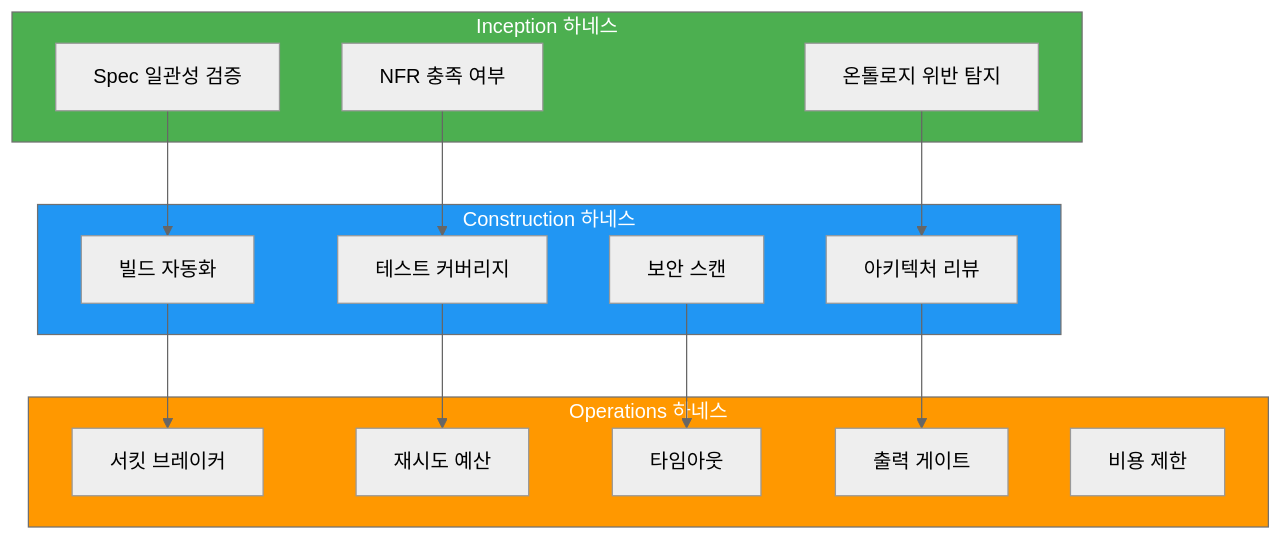
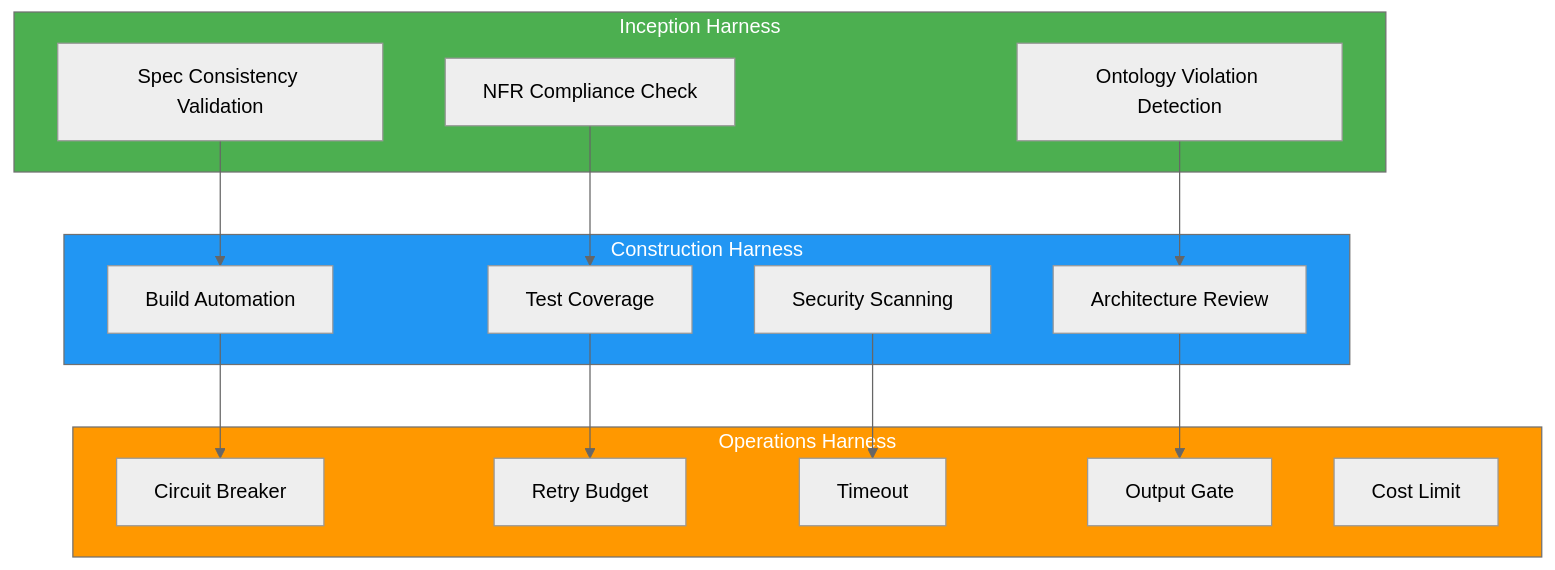
Before and after one commit to devfloor9/engineering-playbook: the second of 3 diagrams in docs/aidlc/methodology/harness-engineering.md, drawn with Mermaid (neutral theme). The commit also changed other lines of this file and 954 other files, not shown here.

````diff
--- a/docs/aidlc/methodology/harness-engineering.md
+++ b/docs/aidlc/methodology/harness-engineering.md
@@ -120,35 +116,35 @@
 ```mermaid
 graph TD
-    subgraph Inception["Inception 하네스"]
-        I1["Spec 일관성 검증"]
-        I2["NFR 충족 여부"]
-        I3["온톨로지 위반 탐지"]
+    subgraph Inception["Inception Harness"]
+        I1["Spec Consistency Validation"]
+        I2["NFR Compliance Check"]
+        I3["Ontology Violation Detection"]
     end
 
-    subgraph Construction["Construction 하네스"]
-        C1["빌드 자동화"]
-        C2["테스트 커버리지"]
-        C3["보안 스캔"]
-        C4["아키텍처 리뷰"]
+    subgraph Construction["Construction Harness"]
+        C1["Build Automation"]
+        C2["Test Coverage"]
+        C3["Security Scanning"]
+        C4["Architecture Review"]
     end
 
-    subgraph Operations["Operations 하네스"]
-        O1["서킷 브레이커"]
-        O2["재시도 예산"]
-        O3["타임아웃"]
-        O4["출력 게이트"]
-        O5["비용 제한"]
+    subgraph Operations["Operations Harness"]
+        O1["Circuit Breaker"]
+        O2["Retry Budget"]
+        O3["Timeout"]
+        O4["Output Gate"]
+        O5["Cost Limit"]
     end
 
     I1 --> C1
     I2 --> C2
     I3 --> C4
     C1 --> O1
     C2 --> O2
     C3 --> O3
     C4 --> O4
 
     style Inception fill:#4caf50,color:#fff
     style Construction fill:#2196f3,color:#fff
     style Operations fill:#ff9800,color:#fff
 ```
````
